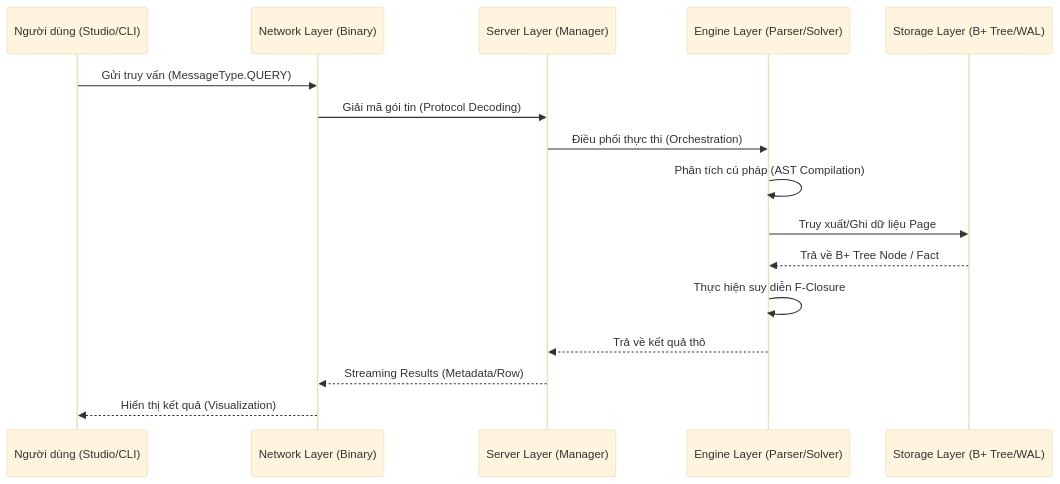
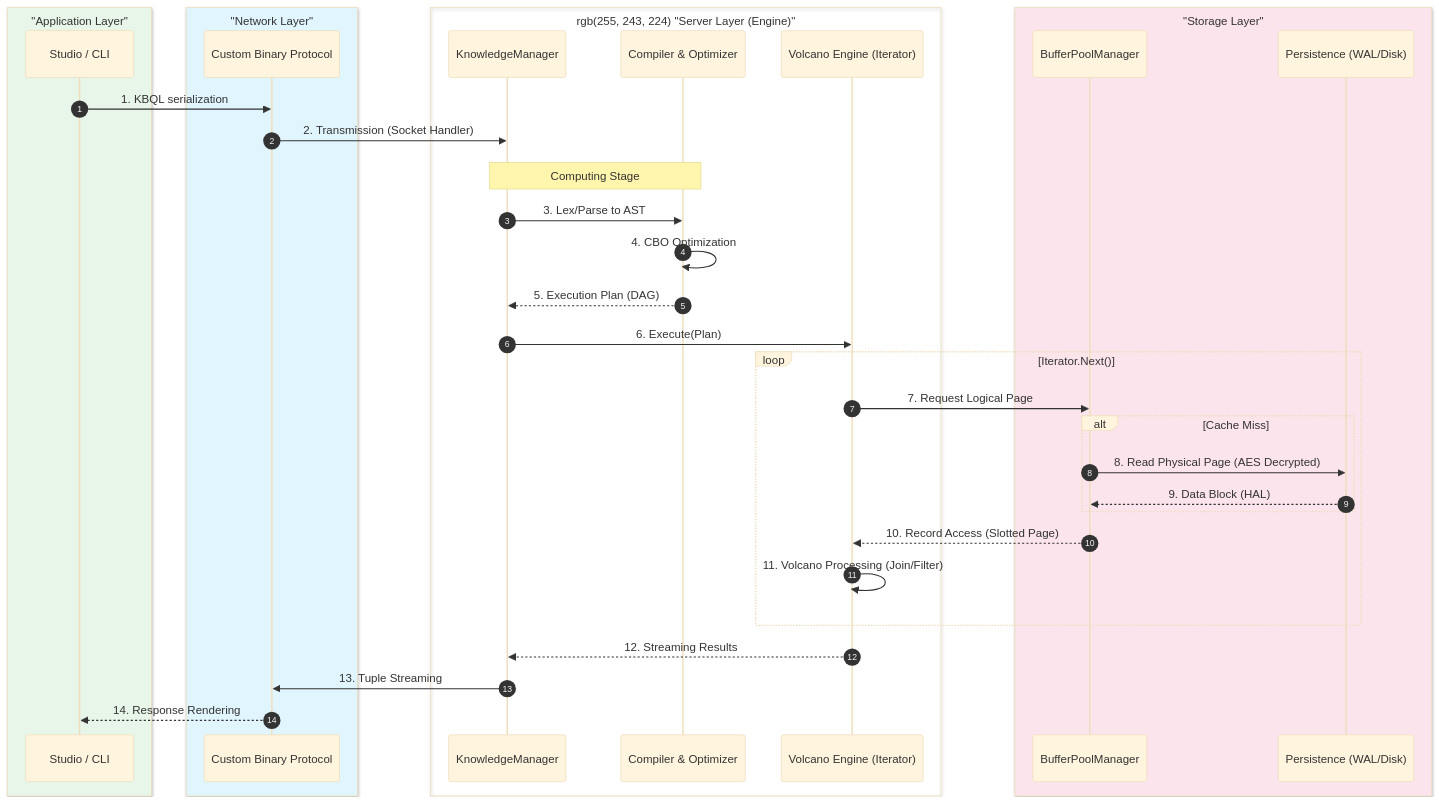
The diagram in docs/assets/diagrams/kbms_general_system_sequence.mmd (tranphat1506/KBMS), drawn with Mermaid (base theme) before and after one commit. The commit also changed 574 other files, not shown here.

Commit message:
refactor: reorganize documentation structure, update diagrams, and clean up legacy LaTeX report assets.

```diff
--- a/docs/assets/diagrams/kbms_general_system_sequence.mmd
+++ b/docs/assets/diagrams/kbms_general_system_sequence.mmd
@@ -1,17 +1,45 @@
 sequenceDiagram
-    participant U as Người dùng (Studio/CLI)
-    participant N as Network Layer (Binary)
-    participant S as Server Layer (Manager)
-    participant E as Engine Layer (Parser/Solver)
-    participant ST as Storage Layer (B+ Tree/WAL)
+    autonumber
+    
+    box rgb(232, 245, 233) "Application Layer"
+        participant App as Studio / CLI
+    end
+    box rgb(225, 245, 254) "Network Layer"
+        participant Net as Custom Binary Protocol
+    end
+    box rgb(255, 243, 224) "Server Layer (Engine)"
+        participant KM as KnowledgeManager
+        participant PE as Compiler & Optimizer
+        participant RE as Volcano Engine (Iterator)
+    end
+    box rgb(252, 228, 236) "Storage Layer"
+        participant BP as BufferPoolManager
+        participant DM as Persistence (WAL/Disk)
+    end
 
-    U->>N: Gửi truy vấn (MessageType.QUERY)
-    N->>S: Giải mã gói tin (Protocol Decoding)
-    S->>E: Điều phối thực thi (Orchestration)
-    E->>E: Phân tích cú pháp (AST Compilation)
-    E->>ST: Truy xuất/Ghi dữ liệu Page
-    ST-->>E: Trả về B+ Tree Node / Fact
-    E->>E: Thực hiện suy diễn F-Closure
-    E-->>S: Trả về kết quả thô
-    S-->>N: Streaming Results (Metadata/Row)
-    N-->>U: Hiển thị kết quả (Visualization)
+    App->>Net: 1. KBQL serialization
+    Net->>KM: 2. Transmission (Socket Handler)
+    
+    rect rgb(255, 255, 255)
+        Note over KM,PE: Computing Stage
+        KM->>PE: 3. Lex/Parse to AST
+        PE->>PE: 4. CBO Optimization
+        PE-->>KM: 5. Execution Plan (DAG)
+    end
+
+    KM->>RE: 6. Execute(Plan)
+    
+    loop Iterator.Next()
+        RE->>BP: 7. Request Logical Page
+        alt Cache Miss
+            BP->>DM: 8. Read Physical Page (AES Decrypted)
+            DM-->>BP: 9. Data Block (HAL)
+        end
+        BP-->>RE: 10. Record Access (Slotted Page)
+        RE->>RE: 11. Volcano Processing (Join/Filter)
+    end
+
+    RE-->>KM: 12. Streaming Results
+    
+    KM->>Net: 13. Tuple Streaming
+    Net-->>App: 14. Response Rendering
```
